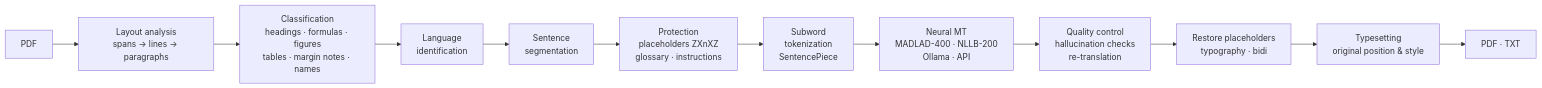
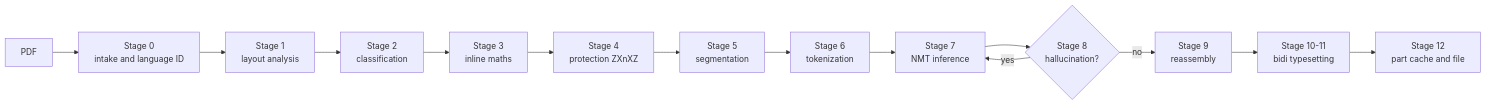
Before and after one commit to Hadifard/deeptome-translator: the diagram in README.md, drawn with Mermaid. The commit also changed other lines of this file and 105 other files, not shown here.

````diff
--- a/README.md
+++ b/README.md
@@ -139,14 +399,16 @@
 ```mermaid
 flowchart LR
-    A[PDF] --> B[Layout analysis<br/>spans → lines → paragraphs]
-    B --> C[Classification<br/>headings · formulas · figures<br/>tables · margin notes · names]
-    C --> D[Language<br/>identification]
-    D --> E[Sentence<br/>segmentation]
-    E --> F[Protection<br/>placeholders ZXnXZ<br/>glossary · instructions]
-    F --> G[Subword<br/>tokenization<br/>SentencePiece]
-    G --> H[Neural MT<br/>MADLAD-400 · NLLB-200<br/>Ollama · API]
-    H --> I[Quality control<br/>hallucination checks<br/>re-translation]
-    I --> J[Restore placeholders<br/>typography · bidi]
-    J --> K[Typesetting<br/>original position & style]
-    K --> L[PDF · TXT]
+    A[PDF] --> B[Stage 0<br/>intake and language ID]
+    B --> C[Stage 1<br/>layout analysis]
+    C --> D[Stage 2<br/>classification]
+    D --> E[Stage 3<br/>inline maths]
+    E --> F[Stage 4<br/>protection ZXnXZ]
+    F --> G[Stage 5<br/>segmentation]
+    G --> H[Stage 6<br/>tokenization]
+    H --> I[Stage 7<br/>NMT inference]
+    I --> J{Stage 8<br/>hallucination?}
+    J -- yes --> I
+    J -- no --> K[Stage 9<br/>reassembly]
+    K --> L[Stage 10-11<br/>bidi typesetting]
+    L --> M[Stage 12<br/>part cache and file]
 ```
````
